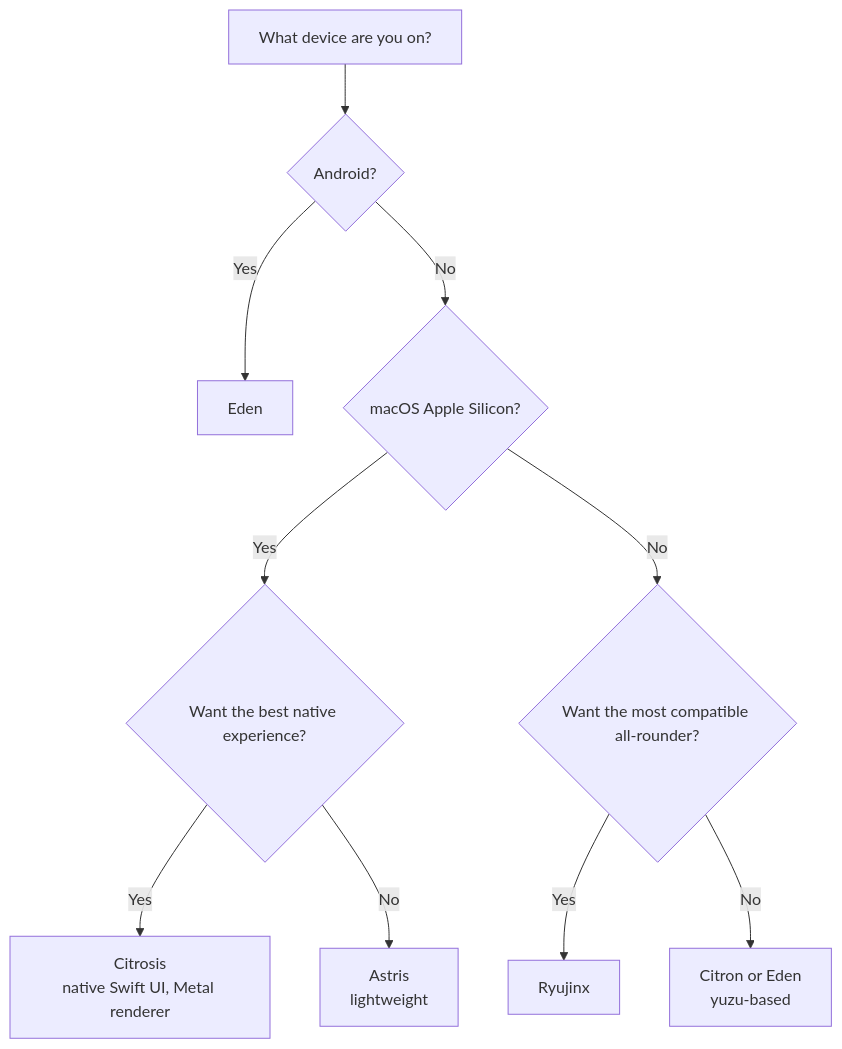
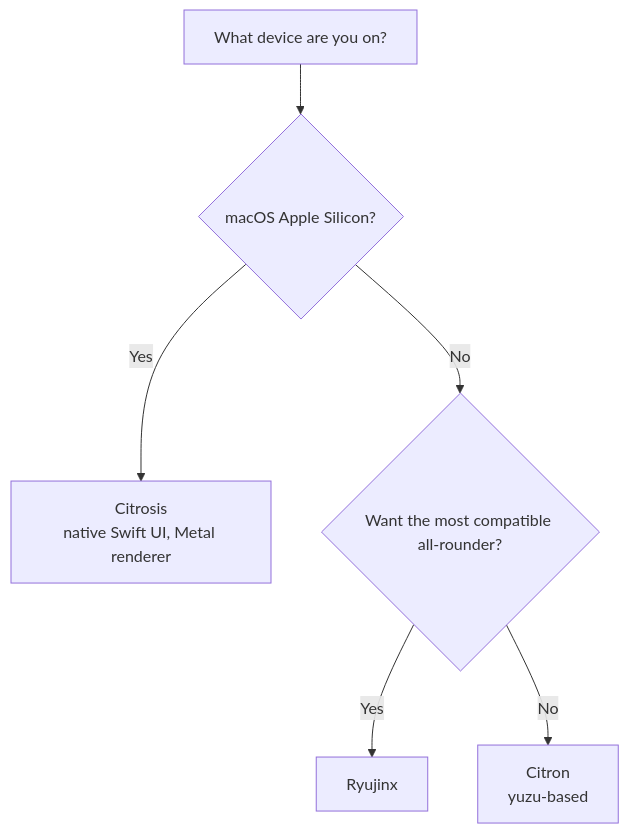
The diagram in README.md (GRID0-net/GRID0), drawn with Mermaid before and after one commit.

Commit message:
trim emulator tree to three options

````diff
--- a/README.md
+++ b/README.md
@@ -54,13 +54,9 @@
 ```mermaid
 graph TD
-    A[What device are you on?] --> B{Android?}
-    B -->|Yes| C[Eden]
-    B -->|No| D{macOS Apple Silicon?}
-    D -->|Yes| E{Want the best native experience?}
-    E -->|Yes| F[Citrosis<br/>native Swift UI, Metal renderer]
-    E -->|No| G[Astris<br/>lightweight]
-    D -->|No| H{Want the most compatible all-rounder?}
-    H -->|Yes| I[Ryujinx]
-    H -->|No| J[Citron or Eden<br/>yuzu-based]
-    click J "https://github.com/GRID0-net/GRID0-citron"
+    A[What device are you on?] --> B{macOS Apple Silicon?}
+    B -->|Yes| C[Citrosis<br/>native Swift UI, Metal renderer]
+    B -->|No| D{Want the most compatible all-rounder?}
+    D -->|Yes| E[Ryujinx]
+    D -->|No| F[Citron<br/>yuzu-based]
+    click F "https://github.com/GRID0-net/GRID0-citron"
 ```
````
